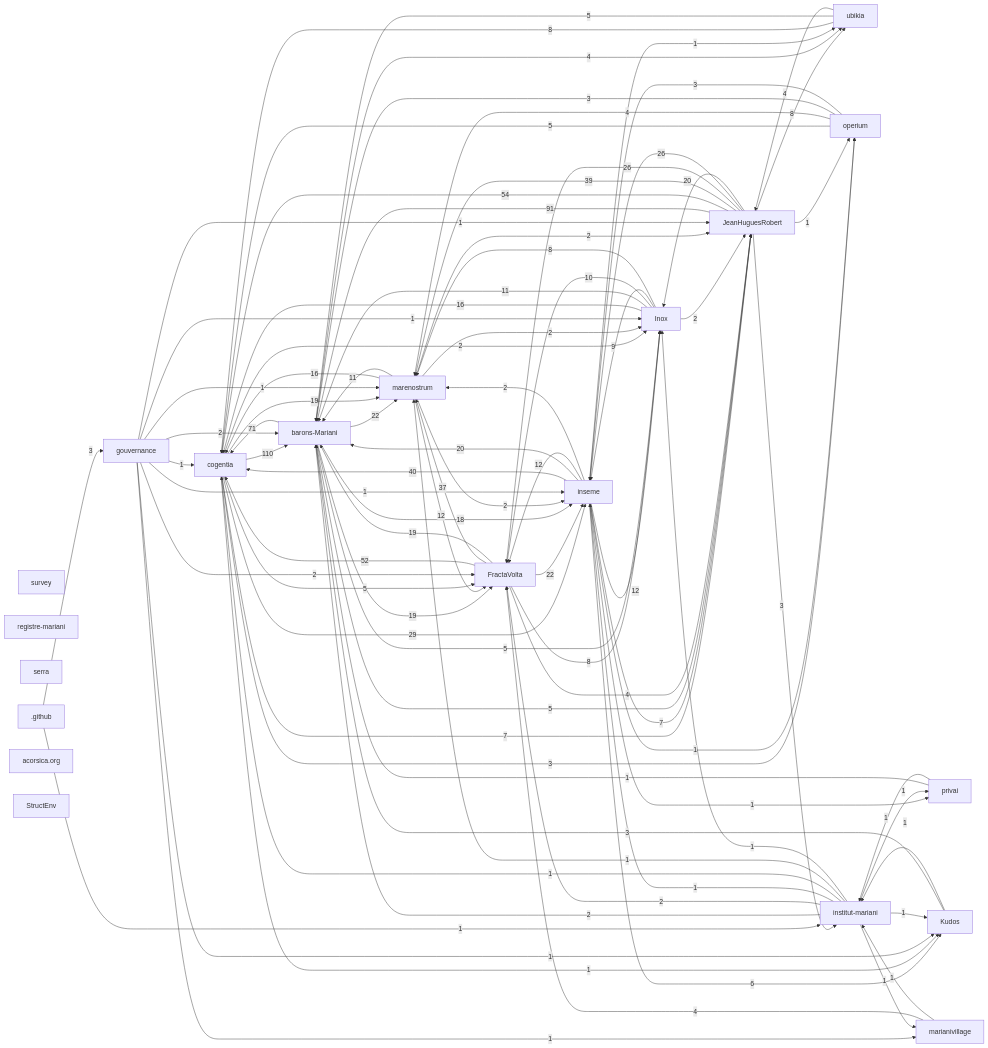
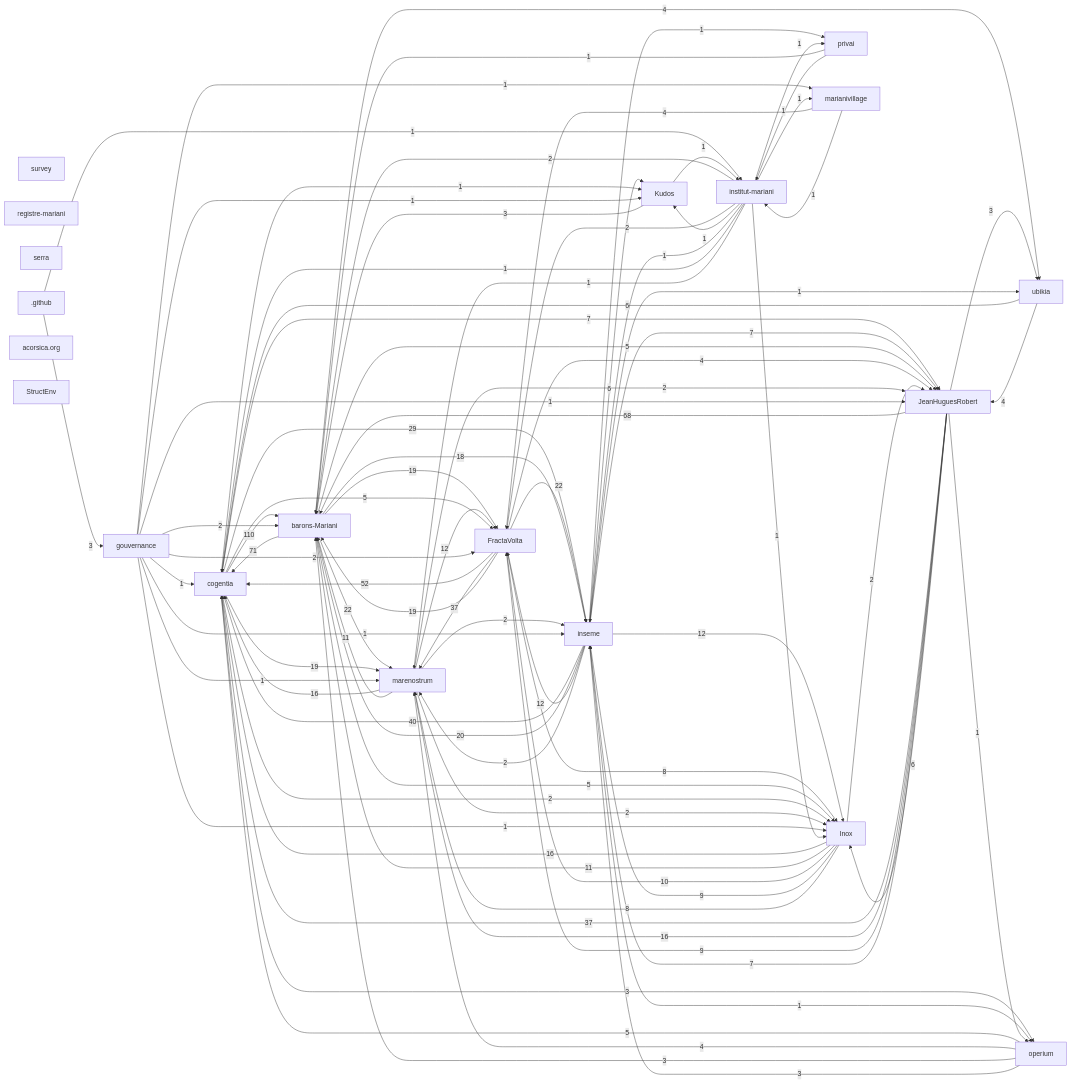
Before and after one commit to JeanHuguesRobert/operium: the first of 2 diagrams in research/corpus-status.md, drawn with Mermaid. The commit also changed 28 other files, not shown here.

```diff
--- a/research/corpus-status.md
+++ b/research/corpus-status.md
@@ -57,25 +57,22 @@
   r_acorsica_org["acorsica.org"]
   r_structenv["StructEnv"]
   r_cogentia -->|110| r_barons_mariani
-  r_jeanhuguesrobert -->|91| r_barons_mariani
   r_barons_mariani -->|71| r_cogentia
-  r_jeanhuguesrobert -->|54| r_cogentia
+  r_jeanhuguesrobert -->|68| r_barons_mariani
   r_fractavolta -->|52| r_cogentia
   r_inseme -->|40| r_cogentia
-  r_jeanhuguesrobert -->|39| r_marenostrum
   r_fractavolta -->|37| r_marenostrum
+  r_jeanhuguesrobert -->|37| r_cogentia
   r_cogentia -->|29| r_inseme
-  r_jeanhuguesrobert -->|26| r_fractavolta
-  r_jeanhuguesrobert -->|26| r_inseme
   r_barons_mariani -->|22| r_marenostrum
   r_fractavolta -->|22| r_inseme
   r_inseme -->|20| r_barons_mariani
-  r_jeanhuguesrobert -->|20| r_inox
   r_barons_mariani -->|19| r_fractavolta
   r_cogentia -->|19| r_marenostrum
   r_fractavolta -->|19| r_barons_mariani
   r_barons_mariani -->|18| r_inseme
   r_inox -->|16| r_cogentia
+  r_jeanhuguesrobert -->|16| r_marenostrum
   r_marenostrum -->|16| r_cogentia
   r_inseme -->|12| r_fractavolta
   r_inseme -->|12| r_inox
@@ -84,18 +81,19 @@
   r_marenostrum -->|11| r_barons_mariani
   r_inox -->|10| r_fractavolta
   r_inox -->|9| r_inseme
+  r_jeanhuguesrobert -->|9| r_fractavolta
   r_fractavolta -->|8| r_inox
   r_inox -->|8| r_marenostrum
-  r_jeanhuguesrobert -->|8| r_ubikia
-  r_ubikia -->|8| r_cogentia
   r_cogentia -->|7| r_jeanhuguesrobert
   r_inseme -->|7| r_jeanhuguesrobert
+  r_jeanhuguesrobert -->|7| r_inseme
   r_inseme -->|6| r_kudos
+  r_jeanhuguesrobert -->|6| r_inox
+  r_ubikia -->|6| r_cogentia
   r_barons_mariani -->|5| r_inox
   r_barons_mariani -->|5| r_jeanhuguesrobert
   r_cogentia -->|5| r_fractavolta
   r_operium -->|5| r_cogentia
-  r_ubikia -->|5| r_barons_mariani
   r_barons_mariani -->|4| r_ubikia
   r_fractavolta -->|4| r_jeanhuguesrobert
   r_marianivillage -->|4| r_fractavolta
@@ -103,7 +101,7 @@
   r_ubikia -->|4| r_jeanhuguesrobert
   r_github -->|3| r_gouvernance
   r_cogentia -->|3| r_operium
-  r_jeanhuguesrobert -->|3| r_institut_mariani
+  r_jeanhuguesrobert -->|3| r_ubikia
   r_kudos -->|3| r_barons_mariani
   r_operium -->|3| r_barons_mariani
   r_operium -->|3| r_inseme
```
